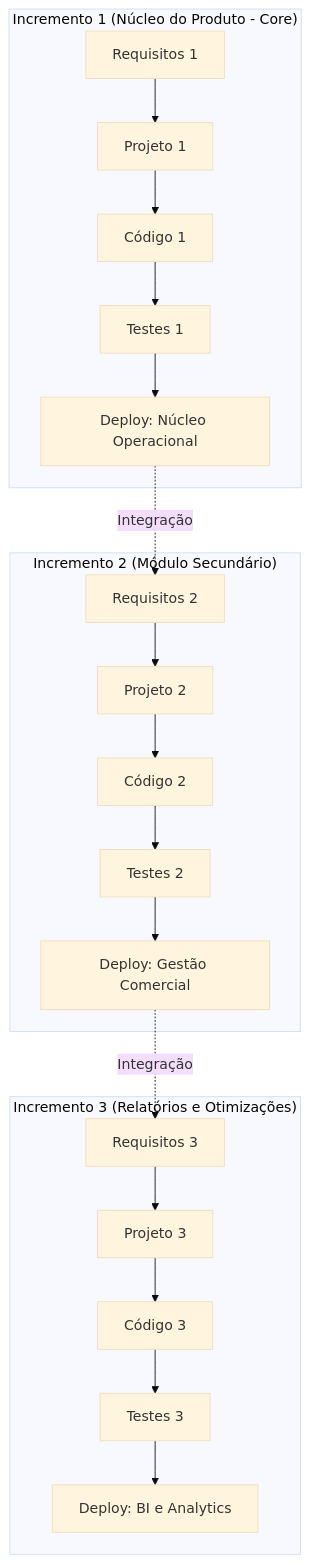
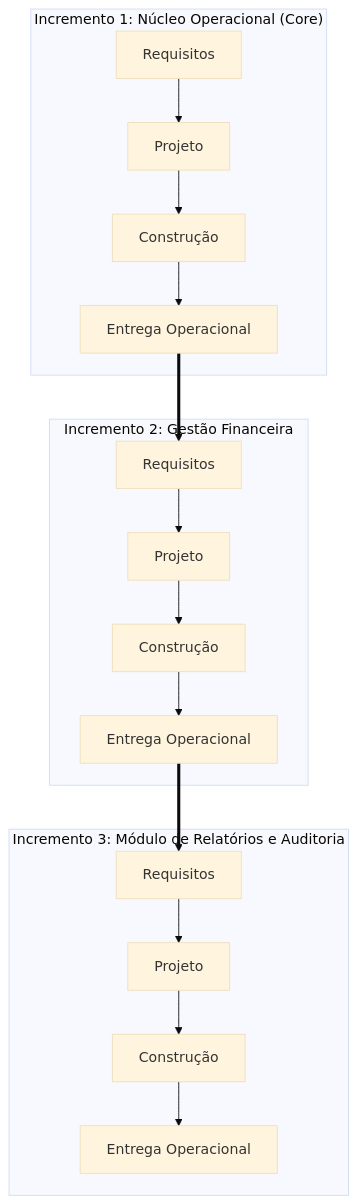
The sixth of 33 diagrams in 3º Semestre/[Prof. Marcelo Boer] Engenharia de Software I/Resumos-IA/Caderno-Consolidado.md (murilolol/unifef), drawn with Mermaid (base theme) before and after one commit. The commit also changed other lines of this file and 40 other files, not shown here.

````diff
--- a/3º Semestre/[Prof. Marcelo Boer] Engenharia de Software I/Resumos-IA/Caderno-Consolidado.md
+++ b/3º Semestre/[Prof. Marcelo Boer] Engenharia de Software I/Resumos-IA/Caderno-Consolidado.md
@@ -407,17 +223,17 @@
 ```mermaid
 flowchart TD
-    subgraph Inc1["Incremento 1 (Núcleo do Produto - Core)"]
-        A1["Requisitos 1"] --> P1["Projeto 1"] --> C1["Código 1"] --> T1["Testes 1"] --> E1["Deploy: Núcleo Operacional"]
+    subgraph Inc1["Incremento 1: Núcleo Operacional (Core)"]
+        I1_A["Requisitos"] --> I1_B["Projeto"] --> I1_C["Construção"] --> I1_D["Entrega Operacional"]
     end
 
-    subgraph Inc2["Incremento 2 (Módulo Secundário)"]
-        A2["Requisitos 2"] --> P2["Projeto 2"] --> C2["Código 2"] --> T2["Testes 2"] --> E2["Deploy: Gestão Comercial"]
+    subgraph Inc2["Incremento 2: Gestão Financeira"]
+        I2_A["Requisitos"] --> I2_B["Projeto"] --> I2_C["Construção"] --> I2_D["Entrega Operacional"]
     end
 
-    subgraph Inc3["Incremento 3 (Relatórios e Otimizações)"]
-        A3["Requisitos 3"] --> P3["Projeto 3"] --> C3["Código 3"] --> T3["Testes 3"] --> E3["Deploy: BI e Analytics"]
+    subgraph Inc3["Incremento 3: Módulo de Relatórios e Auditoria"]
+        I3_A["Requisitos"] --> I3_B["Projeto"] --> I3_C["Construção"] --> I3_D["Entrega Operacional"]
     end
 
-    E1 -. Integração .-> A2
-    E2 -. Integração .-> A3
+    I1_D ==> I2_A
+    I2_D ==> I3_A
 ```
````
